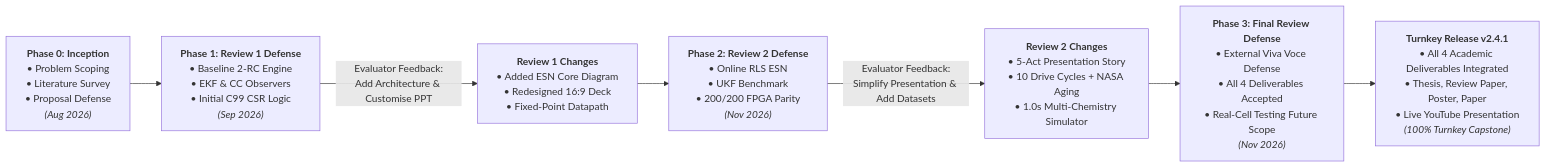
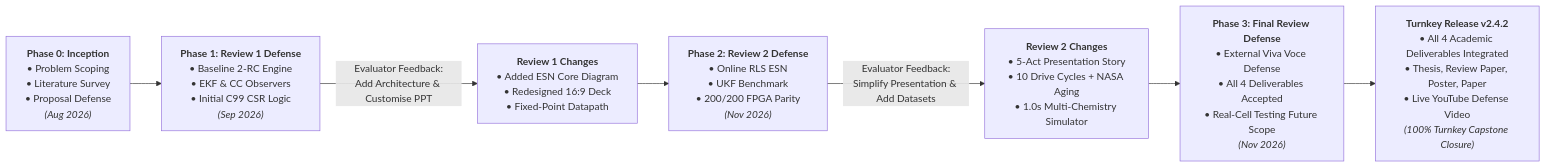
The first of 3 diagrams in README.md (tanish-jain-225/Battery_State_Estimator_BE_Project_2026_2027), drawn with Mermaid before and after one commit. The commit also changed other lines of this file and 13 other files, not shown here.

````diff
--- a/README.md
+++ b/README.md
@@ -72,10 +72,10 @@
 ```mermaid
 flowchart LR
     P0["<b>Phase 0: Inception</b><br/>• Problem Scoping<br/>• Literature Survey<br/>• Proposal Defense<br/><i>(Aug 2026)</i>"] 
     P0 --> P1["<b>Phase 1: Review 1 Defense</b><br/>• Baseline 2-RC Engine<br/>• EKF & CC Observers<br/>• Initial C99 CSR Logic<br/><i>(Sep 2026)</i>"]
     P1 -->|"Evaluator Feedback:<br/>Add Architecture & Customise PPT"| P1_Fix["<b>Review 1 Changes</b><br/>• Added ESN Core Diagram<br/>• Redesigned 16:9 Deck<br/>• Fixed-Point Datapath"]
     P1_Fix --> P2["<b>Phase 2: Review 2 Defense</b><br/>• Online RLS ESN<br/>• UKF Benchmark<br/>• 200/200 FPGA Parity<br/><i>(Nov 2026)</i>"]
     P2 -->|"Evaluator Feedback:<br/>Simplify Presentation & Add Datasets"| P2_Fix["<b>Review 2 Changes</b><br/>• 5-Act Presentation Story<br/>• 10 Drive Cycles + NASA Aging<br/>• 1.0s Multi-Chemistry Simulator"]
     P2_Fix --> P3["<b>Phase 3: Final Review Defense</b><br/>• External Viva Voce Defense<br/>• All 4 Deliverables Accepted<br/>• Real-Cell Testing Future Scope<br/><i>(Nov 2026)</i>"]
-    P3 --> P4["<b>Turnkey Release v2.4.1</b><br/>• All 4 Academic Deliverables Integrated<br/>• Thesis, Review Paper, Poster, Paper<br/>• Live YouTube Presentation<br/><i>(100% Turnkey Capstone)</i>"]
+    P3 --> P4["<b>Turnkey Release v2.4.2</b><br/>• All 4 Academic Deliverables Integrated<br/>• Thesis, Review Paper, Poster, Paper<br/>• Live YouTube Defense Video<br/><i>(100% Turnkey Capstone Closure)</i>"]
 ```
````
